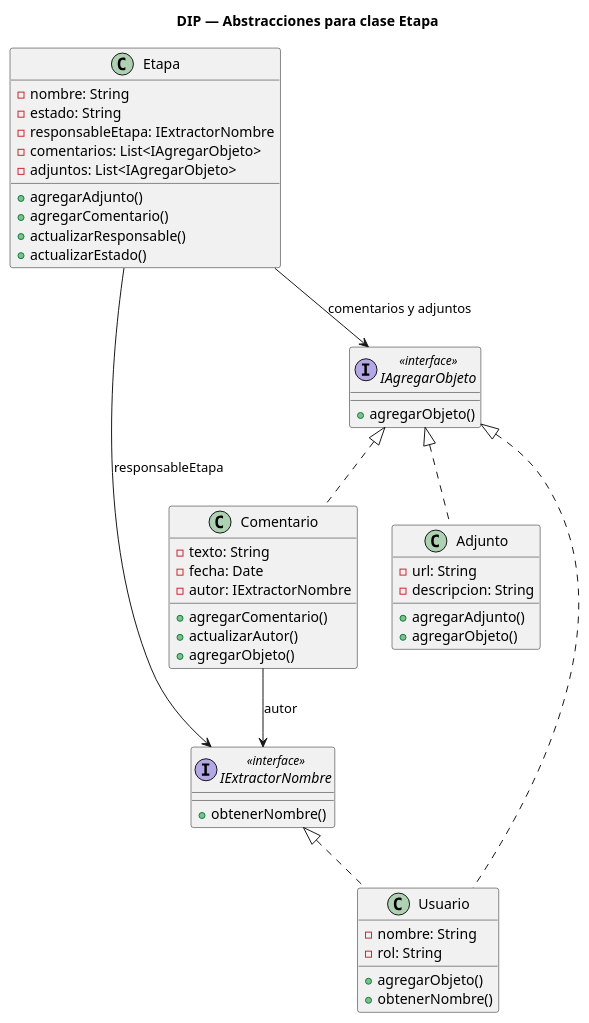
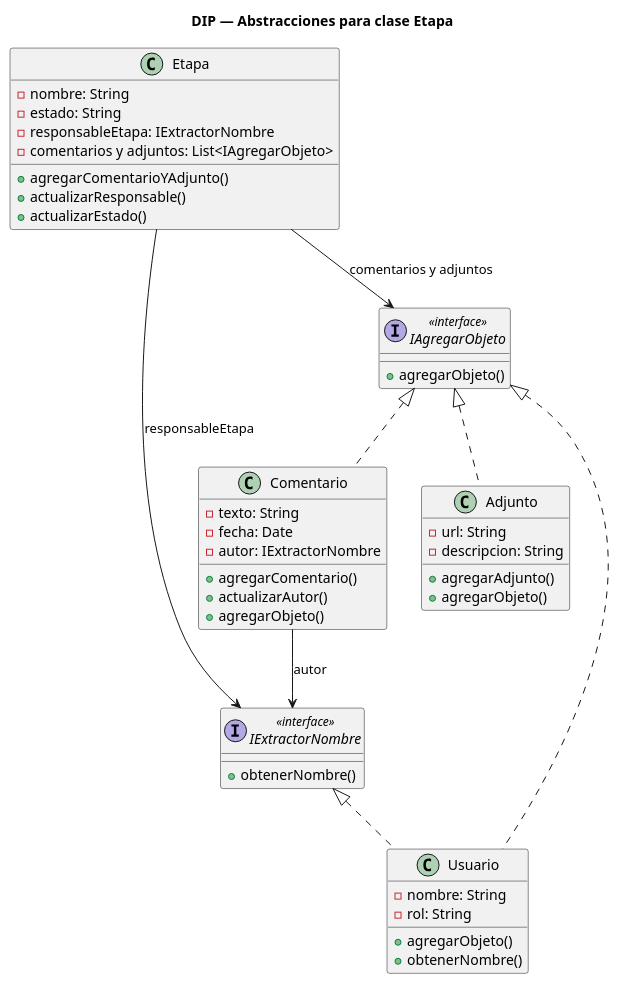
Before and after one commit to 9919-Mili/SistemaProductoraVideos: the diagram in diagramas/01-diagrama-clases/01-solid-05-dip.puml, drawn with PlantUML. The commit also changed 2 other files, not shown here.

```diff
--- a/diagramas/01-diagrama-clases/01-solid-05-dip.puml
+++ b/diagramas/01-diagrama-clases/01-solid-05-dip.puml
@@ -1,62 +1,60 @@
 @startuml 01-solid-05-dip
 title DIP — Abstracciones para clase Etapa
 
 interface IExtractorNombre <<interface>> {
   + obtenerNombre()
 }
 
 interface IAgregarObjeto <<interface>> {
   + agregarObjeto()
 }
 
 class Etapa {
   - nombre: String
   - estado: String
   - responsableEtapa: IExtractorNombre
-  - comentarios: List<IAgregarObjeto>
-  - adjuntos: List<IAgregarObjeto>
-  + agregarAdjunto()
-  + agregarComentario()
+  - comentarios y adjuntos: List<IAgregarObjeto>
+  + agregarComentarioYAdjunto()
   + actualizarResponsable()
   + actualizarEstado()
 }
 
 class Usuario  {
   - nombre: String
   - rol: String
 }
 class Comentario  {
   - texto: String
   - fecha: Date
   - autor: IExtractorNombre
   + agregarComentario()
   + actualizarAutor()
 }
 
 class Adjunto  {
   - url: String
   - descripcion: String
   + agregarAdjunto()
 }
 
 class Comentario implements IAgregarObjeto {
   + agregarObjeto()
 }
 
 class Adjunto implements IAgregarObjeto {
   + agregarObjeto()
 }
 
 class Usuario implements IAgregarObjeto {
   + agregarObjeto()
 }
 
 class Usuario implements IExtractorNombre {
   + obtenerNombre()
 }
 
 Etapa --> IAgregarObjeto : comentarios y adjuntos
 Etapa --> IExtractorNombre : responsableEtapa
 Comentario --> IExtractorNombre : autor
 
 @enduml
```
